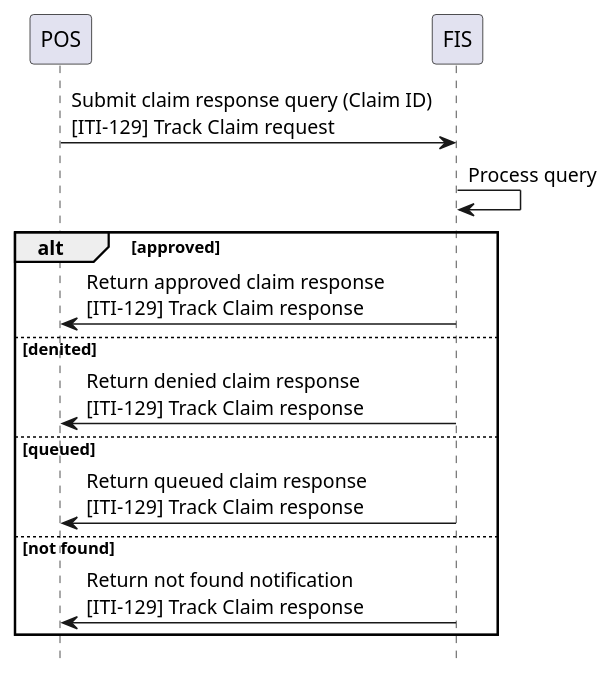
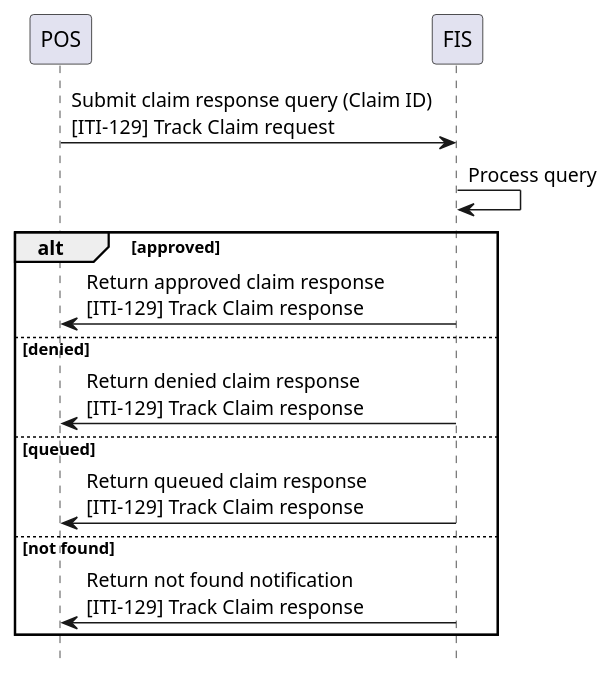
The diagram in input/images-source/usecase6-processflow.plantuml (IHE/ITI.Finance), drawn with PlantUML before and after one commit. The commit also changed 6 other files, not shown here.

Commit message:
Fixed typos in diagrams.  Changed query parameters sections to point to the tables in the capability statements to reduce duplication.

```diff
--- a/input/images-source/usecase6-processflow.plantuml
+++ b/input/images-source/usecase6-processflow.plantuml
@@ -1,21 +1,21 @@
 @startuml
 skinparam svgDimensionStyle false
 hide footbox
 
 participant POS
 participant FIS
 
 POS -> FIS: Submit claim response query (Claim ID)\n&#91;ITI-129&#93; Track Claim request
 FIS -> FIS: Process query
 
 alt approved
 	FIS -> POS: Return approved claim response\n&#91;ITI-129&#93; Track Claim response
-else denited
+else denied
 	FIS -> POS: Return denied claim response\n&#91;ITI-129&#93; Track Claim response
 else queued
 	FIS -> POS: Return queued claim response\n&#91;ITI-129&#93; Track Claim response
 else not found
 	FIS -> POS: Return not found notification\n&#91;ITI-129&#93; Track Claim response
 end
 
 @enduml
```
